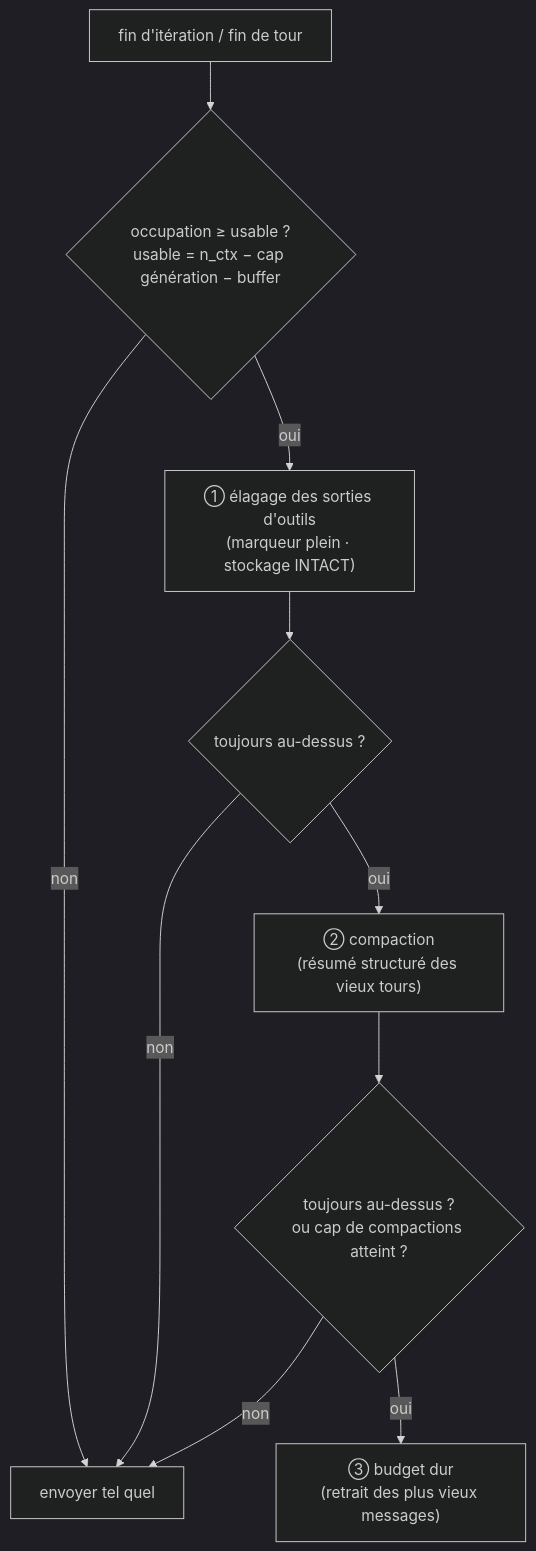
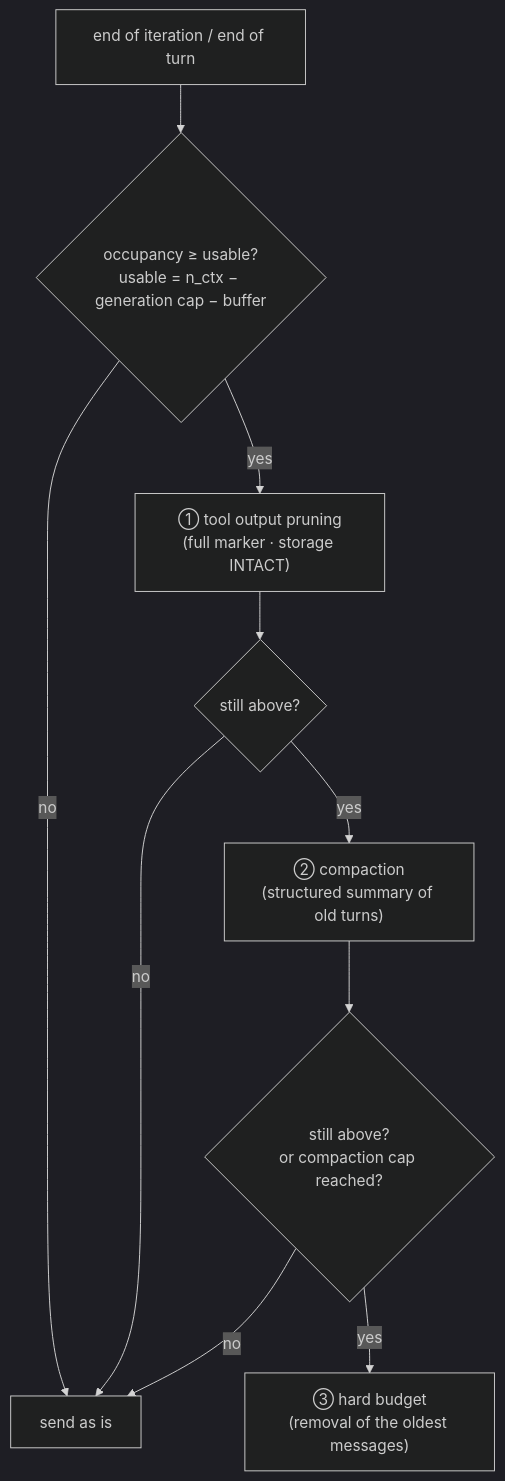
The fifth of 16 diagrams in docs/architecture.md (toto-fou/Elpis), drawn with Mermaid (dark theme) before and after one commit. The commit also changed other lines of this file and 43 other files, not shown here.

````diff
--- a/docs/architecture.md
+++ b/docs/architecture.md
@@ -553,12 +556,12 @@
 ```mermaid
 flowchart TB
-    Start["fin d'itération / fin de tour"] --> P{"occupation ≥ usable ?<br/>usable = n_ctx − cap génération − buffer"}
-    P -- non --> Ok["envoyer tel quel"]
-    P -- oui --> Prune["① élagage des sorties d'outils<br/>(marqueur plein · stockage INTACT)"]
-    Prune --> P2{"toujours au-dessus ?"}
-    P2 -- non --> Ok
-    P2 -- oui --> Comp["② compaction<br/>(résumé structuré des vieux tours)"]
-    Comp --> P3{"toujours au-dessus ?<br/>ou cap de compactions atteint ?"}
-    P3 -- non --> Ok
-    P3 -- oui --> Hard["③ budget dur<br/>(retrait des plus vieux messages)"]
+    Start["end of iteration / end of turn"] --> P{"occupancy ≥ usable?<br/>usable = n_ctx − generation cap − buffer"}
+    P -- no --> Ok["send as is"]
+    P -- yes --> Prune["① tool output pruning<br/>(full marker · storage INTACT)"]
+    Prune --> P2{"still above?"}
+    P2 -- no --> Ok
+    P2 -- yes --> Comp["② compaction<br/>(structured summary of old turns)"]
+    Comp --> P3{"still above?<br/>or compaction cap reached?"}
+    P3 -- no --> Ok
+    P3 -- yes --> Hard["③ hard budget<br/>(removal of the oldest messages)"]
 ```
````
